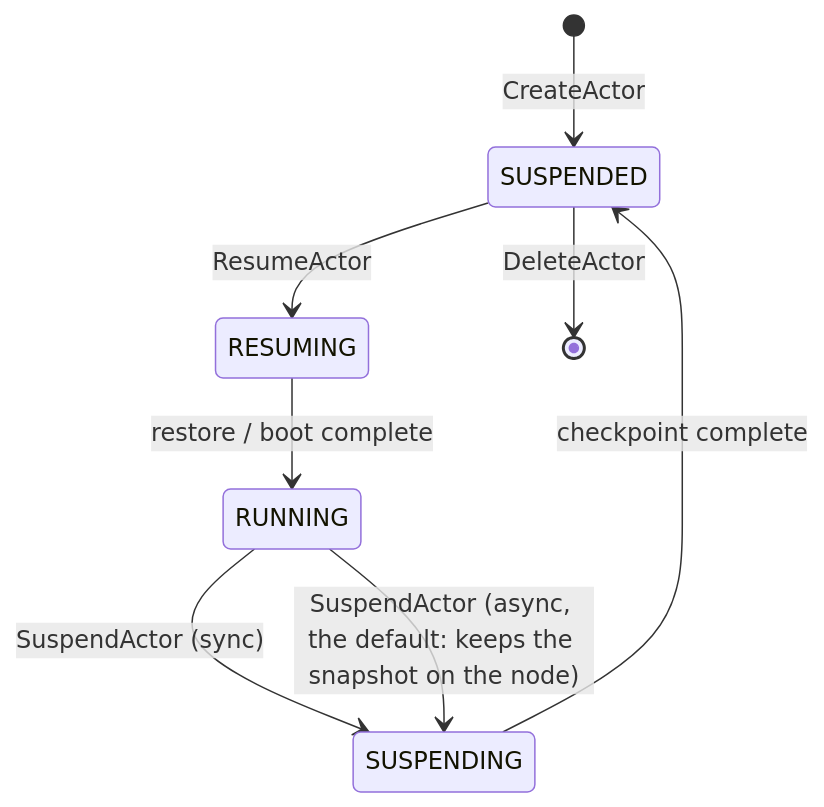
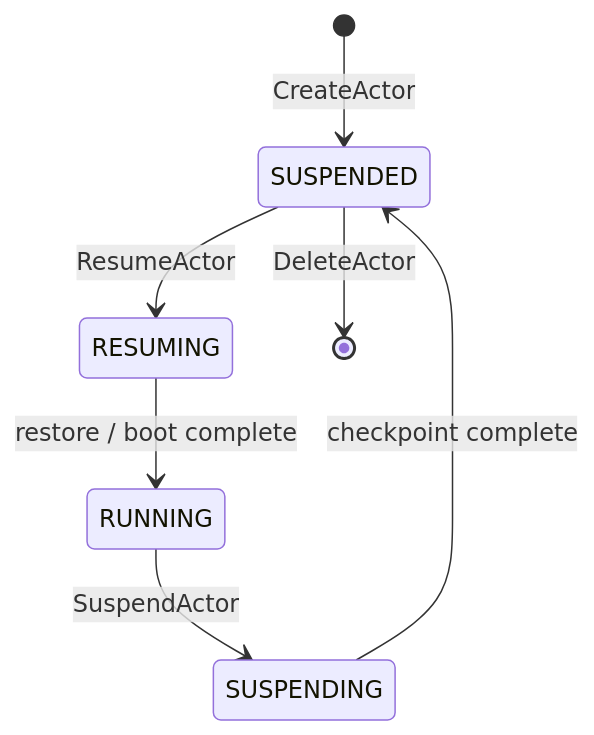
The third of 3 diagrams in docs/architecture.md (agent-substrate/substrate), drawn with Mermaid before and after one commit. The commit also changed other lines of this file and 62 other files, not shown here.

````diff
--- a/docs/architecture.md
+++ b/docs/architecture.md
@@ -421,10 +421,9 @@
 ```mermaid
 stateDiagram-v2
     [*] --> SUSPENDED : CreateActor
     SUSPENDED --> RESUMING : ResumeActor
     RESUMING --> RUNNING : restore / boot complete
-    RUNNING --> SUSPENDING : SuspendActor (sync)
+    RUNNING --> SUSPENDING : SuspendActor
     SUSPENDING --> SUSPENDED : checkpoint complete
-    RUNNING --> SUSPENDING : SuspendActor (async, the default: keeps the snapshot on the node)
     SUSPENDED --> [*] : DeleteActor
 ```
````
